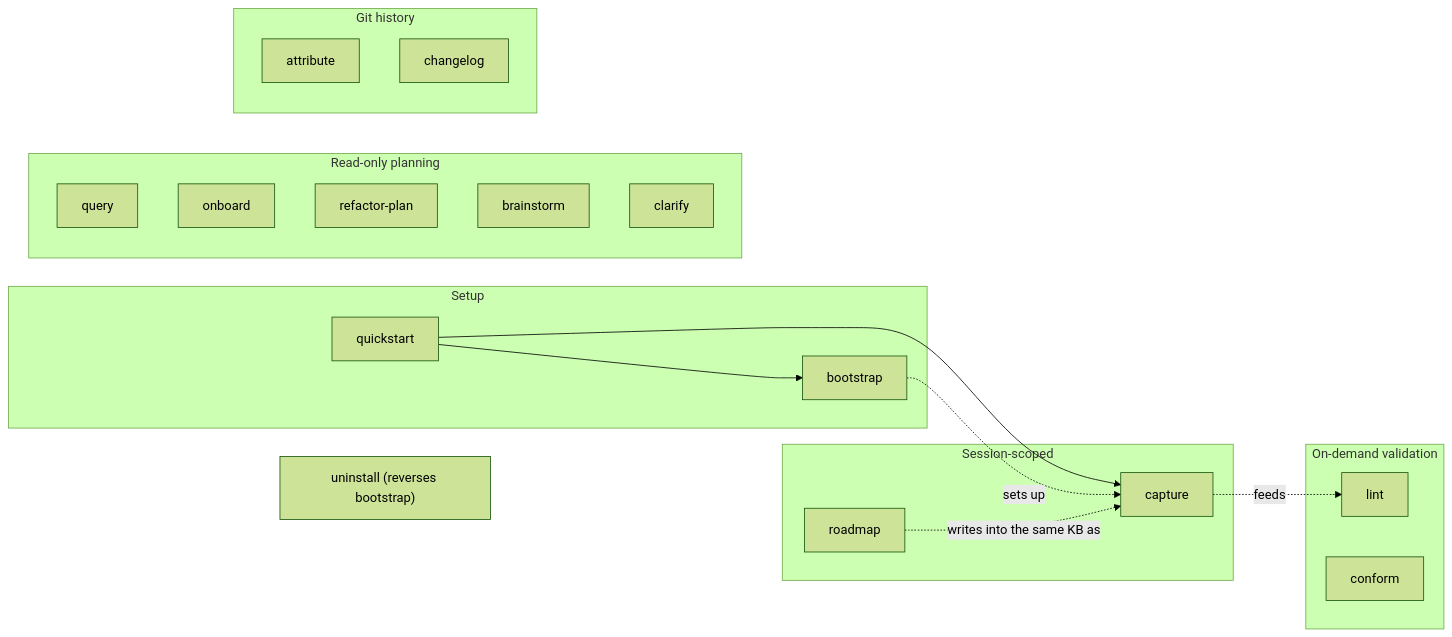
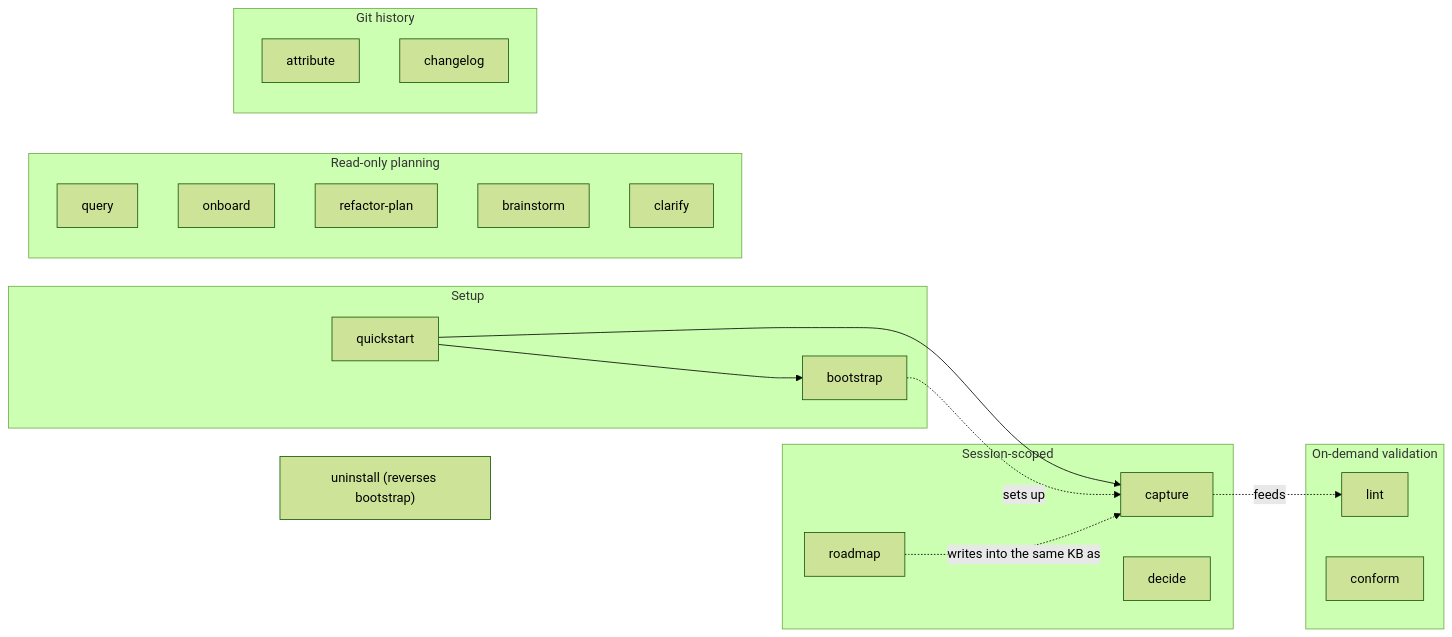
Before and after one commit to vivantel/kms: the fourth of 4 diagrams in ARCHITECTURE.md, drawn with Mermaid (forest theme). The commit also changed other lines of this file and 6 other files, not shown here.

First line of the commit message:
docs: bring AGENTS, ARCHITECTURE, CONTRIBUTING, INSTALLING and the manifest up to the 0.16 model

````diff
--- a/ARCHITECTURE.md
+++ b/ARCHITECTURE.md
@@ -143,33 +150,34 @@
 ```mermaid
 flowchart LR
     subgraph Setup
         bootstrap
         quickstart
     end
     subgraph "Session-scoped"
         capture
         roadmap
+        decide
     end
     subgraph "On-demand validation"
         lint
         conform
     end
     subgraph "Read-only planning"
         query
         onboard
         refactor-plan
         brainstorm
         clarify
     end
     subgraph "Git history"
         attribute
         changelog
     end
     uninstall["uninstall (reverses bootstrap)"]
 
     quickstart --> bootstrap
     quickstart --> capture
     bootstrap -.->|sets up| capture
     capture -.->|feeds| lint
     roadmap -.->|writes into the same KB as| capture
 ```
````
